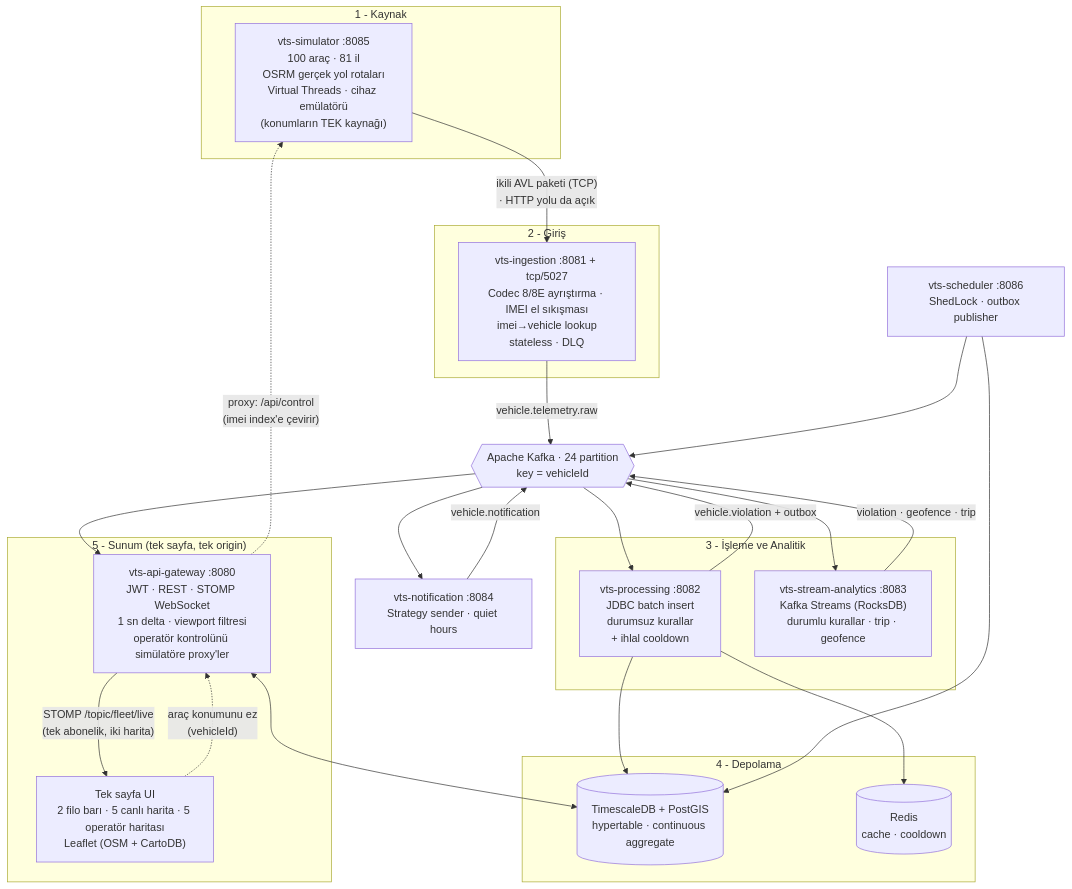
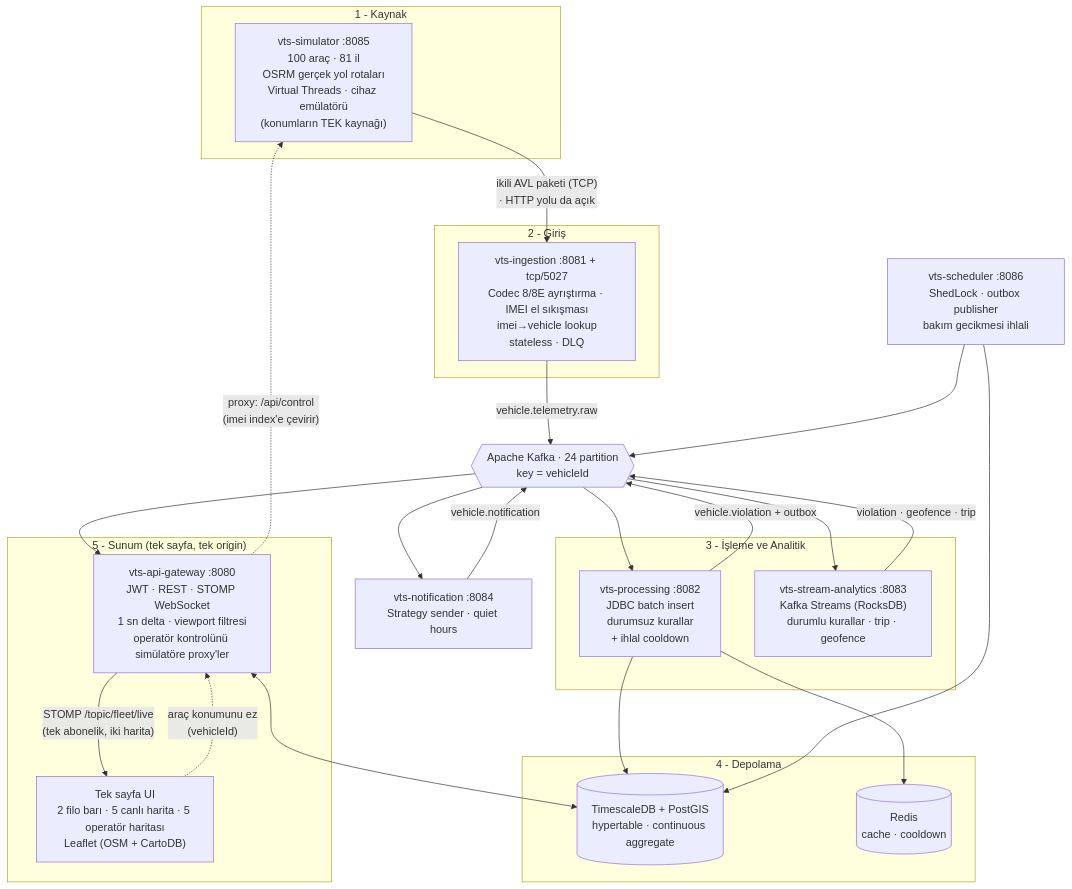
The diagram in README.md (AllenVB/Vehicle-Tracking-Simulation), drawn with Mermaid before and after one commit. The commit also changed other lines of this file and 17 other files, not shown here.

````diff
--- a/README.md
+++ b/README.md
@@ -68,48 +78,48 @@
 ```mermaid
 flowchart TB
     subgraph KAYNAK["1 - Kaynak"]
         SIM["vts-simulator :8085<br/>100 araç · 81 il<br/>OSRM gerçek yol rotaları<br/>Virtual Threads · cihaz emülatörü<br/>(konumların TEK kaynağı)"]
     end
 
     subgraph GIRIS["2 - Giriş"]
         ING["vts-ingestion :8081 + tcp/5027<br/>Codec 8/8E ayrıştırma · IMEI el sıkışması<br/>imei→vehicle lookup<br/>stateless · DLQ"]
     end
 
     K{{"Apache Kafka · 24 partition<br/>key = vehicleId"}}
 
     subgraph ISLEME["3 - İşleme ve Analitik"]
         PROC["vts-processing :8082<br/>JDBC batch insert<br/>durumsuz kurallar<br/>+ ihlal cooldown"]
         STR["vts-stream-analytics :8083<br/>Kafka Streams (RocksDB)<br/>durumlu kurallar · trip · geofence"]
     end
 
     subgraph DEPO["4 - Depolama"]
         TS[("TimescaleDB + PostGIS<br/>hypertable · continuous aggregate")]
         RD[("Redis<br/>cache · cooldown")]
     end
 
     NOT["vts-notification :8084<br/>Strategy sender · quiet hours"]
-    SCH["vts-scheduler :8086<br/>ShedLock · outbox publisher"]
+    SCH["vts-scheduler :8086<br/>ShedLock · outbox publisher<br/>bakım gecikmesi ihlali"]
 
     subgraph SUNUM["5 - Sunum (tek sayfa, tek origin)"]
         GW["vts-api-gateway :8080<br/>JWT · REST · STOMP WebSocket<br/>1 sn delta · viewport filtresi<br/>operatör kontrolünü simülatöre proxy'ler"]
         UI["Tek sayfa UI<br/>2 filo barı · 5 canlı harita · 5 operatör haritası<br/>Leaflet (OSM + CartoDB)"]
     end
 
     UI -.->|"araç konumunu ez<br/>(vehicleId)"| GW
     GW -.->|"proxy: /api/control<br/>(imei index'e çevirir)"| SIM
     SIM -->|"ikili AVL paketi (TCP)<br/>· HTTP yolu da açık"| ING
     ING -->|"vehicle.telemetry.raw"| K
     K --> PROC
     K --> STR
     PROC --> TS
     PROC --> RD
     PROC -->|"vehicle.violation + outbox"| K
     STR -->|"violation · geofence · trip"| K
     K --> NOT
     NOT -->|"vehicle.notification"| K
     K --> GW
     GW <--> TS
     SCH --> TS
     SCH --> K
     GW -->|"STOMP /topic/fleet/live<br/>(tek abonelik, iki harita)"| UI
 ```
````
